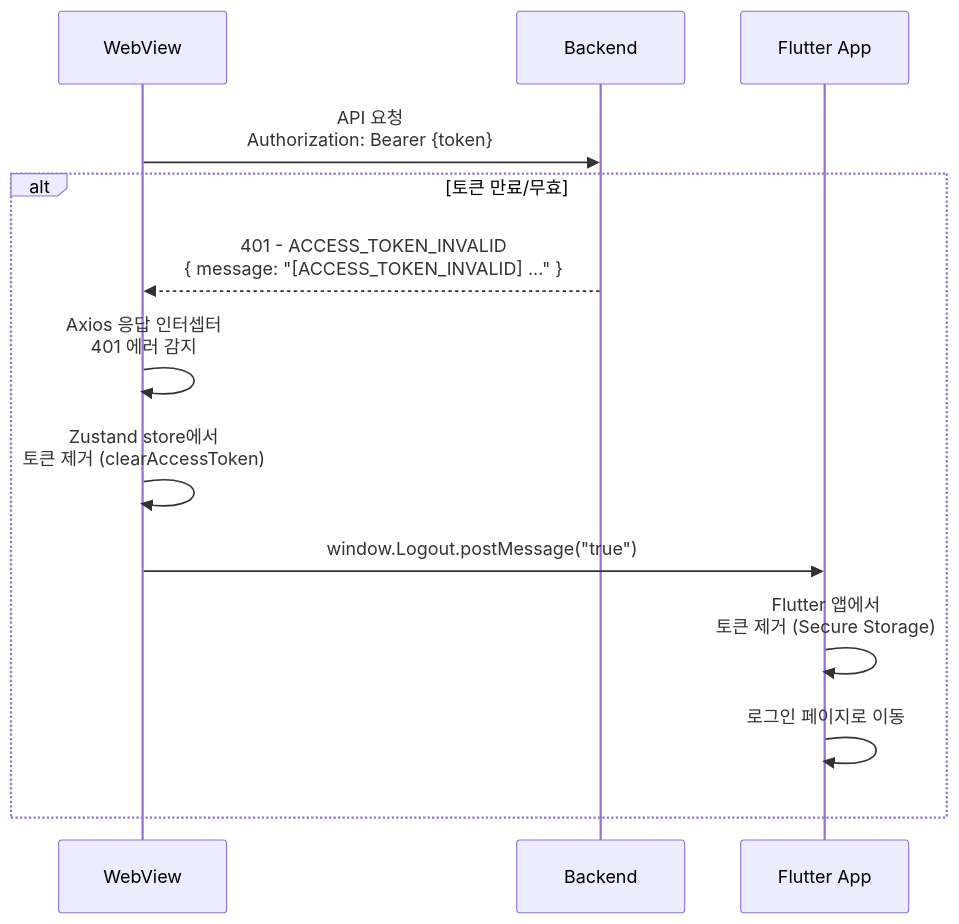
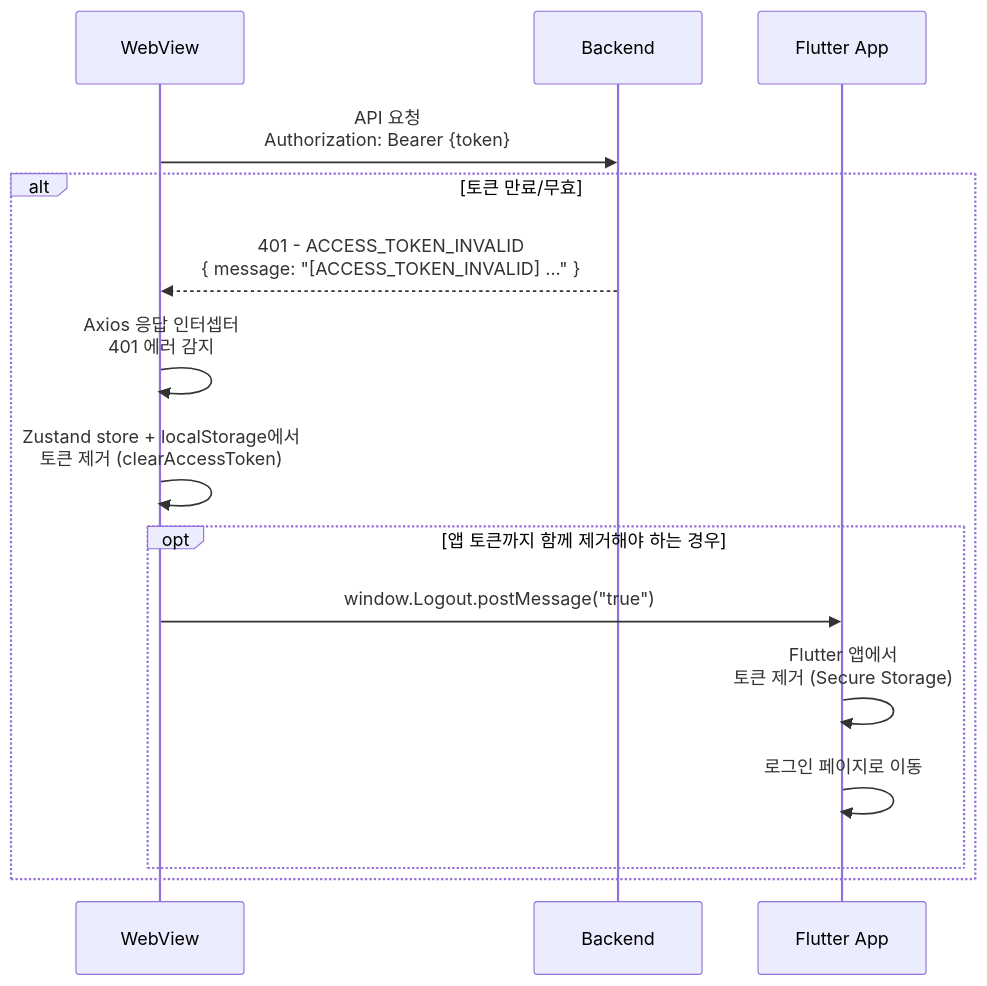
The third of 5 diagrams in docs/common/feature/사용자 - 웹뷰 인증.md (picake-team/picake-engineering-backend), drawn with Mermaid before and after one commit. The commit also changed other lines of this file, not shown here.

````diff
--- a/docs/common/feature/사용자 - 웹뷰 인증.md
+++ b/docs/common/feature/사용자 - 웹뷰 인증.md
@@ -104,18 +104,21 @@
 ```mermaid
 sequenceDiagram
     participant W as WebView
     participant B as Backend
     participant F as Flutter App
 
     W->>B: API 요청<br/>Authorization: Bearer {token}
 
     alt 토큰 만료/무효
         B-->>W: 401 - ACCESS_TOKEN_INVALID<br/>{ message: "[ACCESS_TOKEN_INVALID] ..." }
 
         W->>W: Axios 응답 인터셉터<br/>401 에러 감지
-        W->>W: Zustand store에서<br/>토큰 제거 (clearAccessToken)
-        W->>F: window.Logout.postMessage("true")
-        F->>F: Flutter 앱에서<br/>토큰 제거 (Secure Storage)
-        F->>F: 로그인 페이지로 이동
+        W->>W: Zustand store + localStorage에서<br/>토큰 제거 (clearAccessToken)
+
+        opt 앱 토큰까지 함께 제거해야 하는 경우
+            W->>F: window.Logout.postMessage("true")
+            F->>F: Flutter 앱에서<br/>토큰 제거 (Secure Storage)
+            F->>F: 로그인 페이지로 이동
+        end
     end
 ```
````
